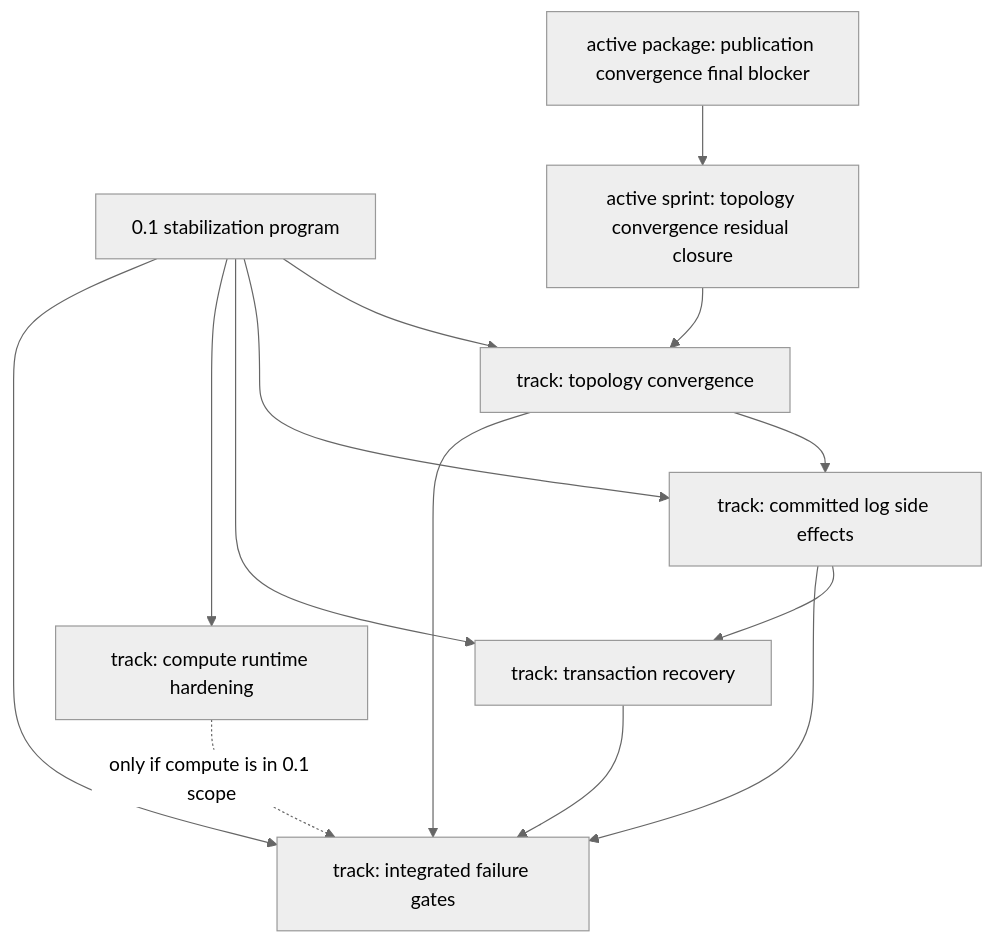
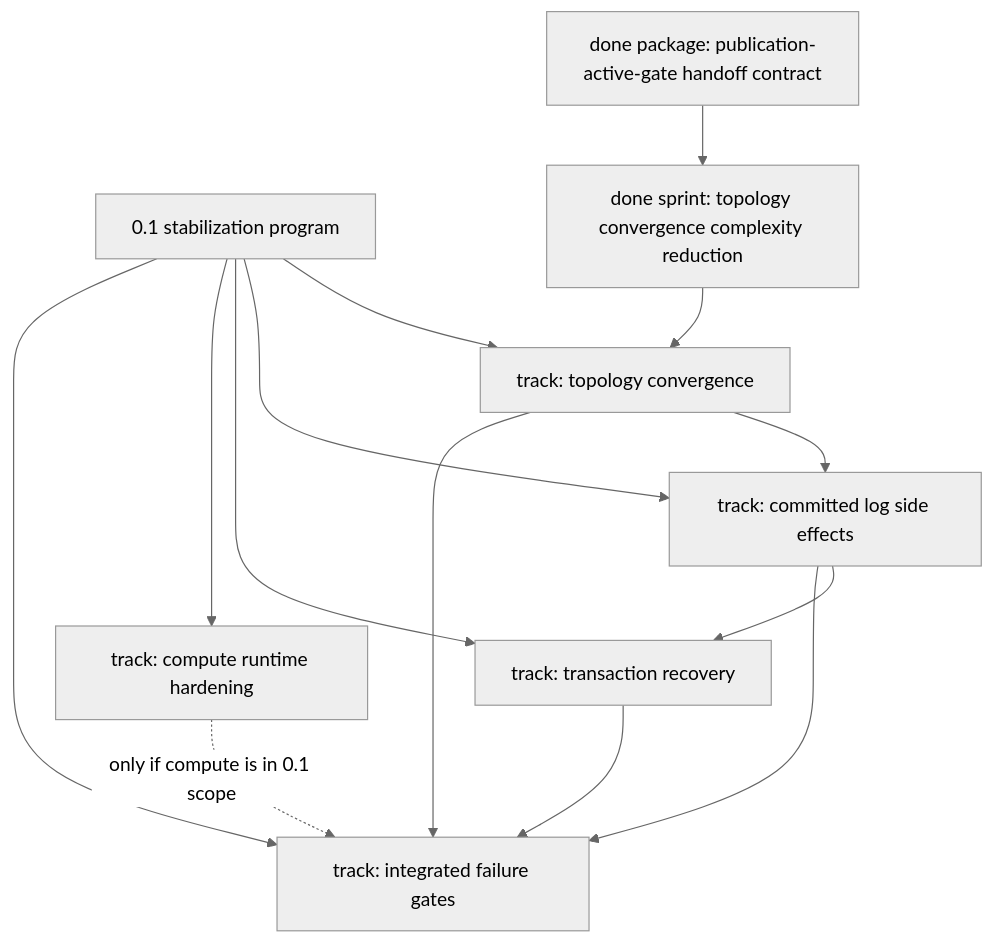
The diagram in work/releases/0.1-dependency-map.md (psvensson/lagrange), drawn with Mermaid (neutral theme) before and after one commit. The commit also changed other lines of this file and 23 other files, not shown here.

Commit message:
Consolidate publication active-gate handoff contract

````diff
--- a/work/releases/0.1-dependency-map.md
+++ b/work/releases/0.1-dependency-map.md
@@ -34,27 +34,27 @@
 ```mermaid
 flowchart TD
   release["0.1 stabilization program"]
   topo["track: topology convergence"]
   sidefx["track: committed log side effects"]
   tx["track: transaction recovery"]
   compute["track: compute runtime hardening"]
   gates["track: integrated failure gates"]
-  sprint["active sprint: topology convergence residual closure"]
-  package["active package: publication convergence final blocker"]
+  sprint["done sprint: topology convergence complexity reduction"]
+  package["done package: publication-active-gate handoff contract"]
 
   release --> topo
   release --> sidefx
   release --> tx
   release --> compute
   release --> gates
 
   sprint --> topo
   package --> sprint
 
   topo --> sidefx
   sidefx --> tx
   topo --> gates
   sidefx --> gates
   tx --> gates
   compute -. "only if compute is in 0.1 scope" .-> gates
 ```
````
